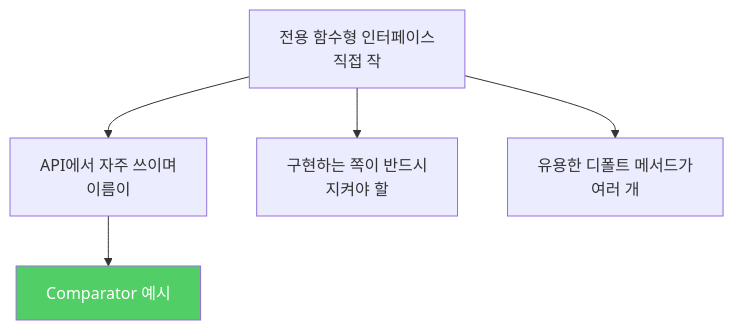
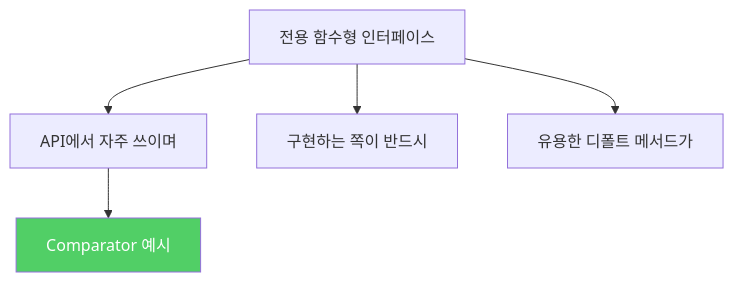
The second of 2 diagrams in _posts/java/2022-01-18-effective-java44.md (yjkim2015/yjkim2015.github.io), drawn with Mermaid before and after one commit. The commit also changed other lines of this file and 217 other files, not shown here.

First line of the commit message:
Mermaid 크기 수정: useMaxWidth:true + SVG max-width:100% + 라벨 축소

````diff
--- a/_posts/java/2022-01-18-effective-java44.md
+++ b/_posts/java/2022-01-18-effective-java44.md
@@ -97,8 +97,8 @@
 ```mermaid
 graph TD
-    A["전용 함수형 인터페이스\n직접 작"] --> B["API에서 자주 쓰이며\n이름이"]
-    A --> C["구현하는 쪽이 반드시\n지켜야 할"]
-    A --> D["유용한 디폴트 메서드가\n여러 개"]
-    B --> E["Comparator<T> 예시\n"]
+    A["전용 함수형 인터페이스"] --> B["API에서 자주 쓰이며"]
+    A --> C["구현하는 쪽이 반드시"]
+    A --> D["유용한 디폴트 메서드가"]
+    B --> E["Comparator<T> 예시"]
     style E fill:#51cf66,color:#fff
 ```
````
